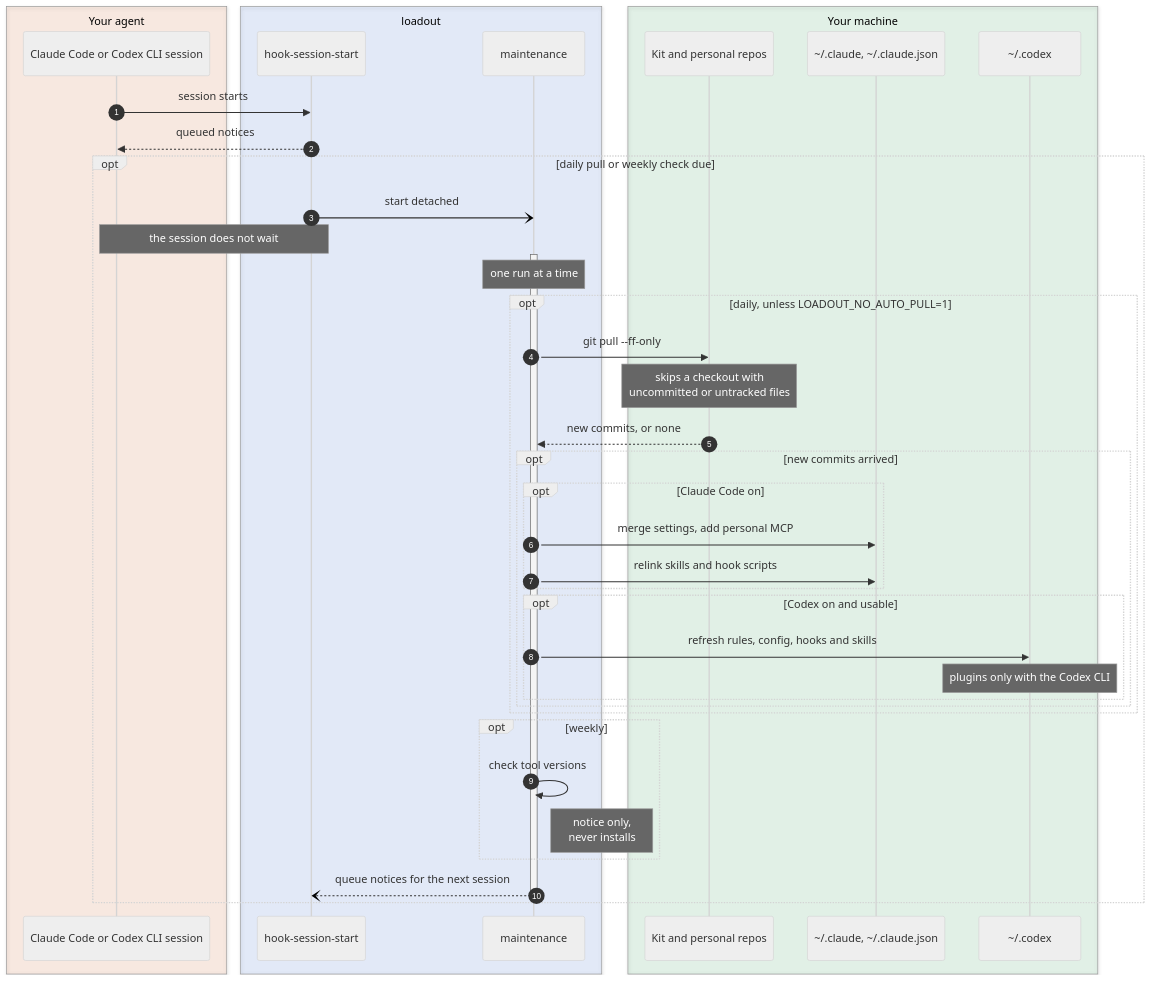
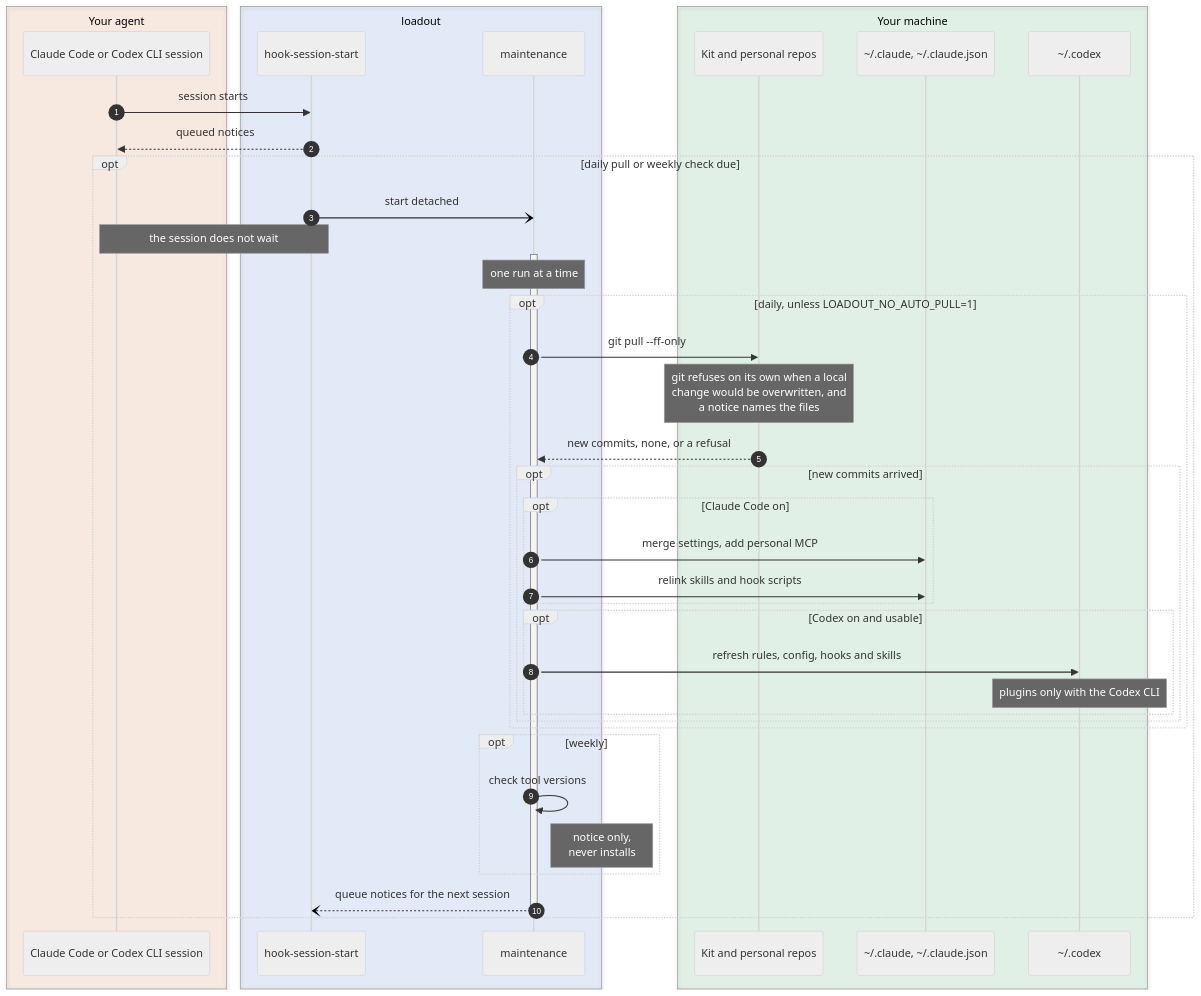
The diagram in docs/diagrams/architecture-daily-sync.mmd (jonasyr/agent-loadout), drawn with Mermaid (neutral theme) before and after one commit. The commit also changed 65 other files, not shown here.

```diff
--- a/docs/diagrams/architecture-daily-sync.mmd
+++ b/docs/diagrams/architecture-daily-sync.mmd
@@ -1,44 +1,44 @@
 sequenceDiagram
   autonumber
   box rgba(234, 88, 12, 0.10) Your agent
     participant S as Claude Code or Codex CLI session
   end
   box rgba(37, 99, 235, 0.10) loadout
     participant H as hook-session-start
     participant M as maintenance
   end
   box rgba(22, 163, 74, 0.10) Your machine
     participant G as Kit and personal repos
     participant C as ~/.claude, ~/.claude.json
     participant X as ~/.codex
   end
 
   S->>H: session starts
   H-->>S: queued notices
   opt daily pull or weekly check due
     H-)M: start detached
     Note over S,H: the session does not wait
     activate M
     Note over M: one run at a time
     opt daily, unless LOADOUT_NO_AUTO_PULL=1
       M->>G: git pull --ff-only
-      Note over G: skips a checkout with<br/>uncommitted or untracked files
-      G-->>M: new commits, or none
+      Note over G: git refuses on its own when a local<br/>change would be overwritten, and<br/>a notice names the files
+      G-->>M: new commits, none, or a refusal
       opt new commits arrived
         opt Claude Code on
           M->>C: merge settings, add personal MCP
           M->>C: relink skills and hook scripts
         end
         opt Codex on and usable
           M->>X: refresh rules, config, hooks and skills
           Note over X: plugins only with the Codex CLI
         end
       end
     end
     opt weekly
       M->>M: check tool versions
       Note right of M: notice only,<br/>never installs
     end
     M--)H: queue notices for the next session
     deactivate M
   end
```
